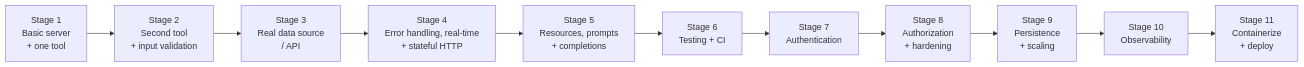
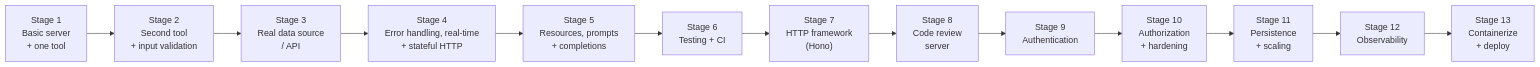
Before and after one commit to shadmaanAsif/MCP-Explorer: the diagram in README.md, drawn with Mermaid. The commit also changed other lines of this file and 3 other files, not shown here.

First line of the commit message:
Update docs after Stage 6 merge and renumber the roadmap

````diff
--- a/README.md
+++ b/README.md
@@ -72,13 +72,15 @@
 ```mermaid
 flowchart LR
     S1["Stage 1<br/>Basic server<br/>+ one tool"] --> S2["Stage 2<br/>Second tool<br/>+ input validation"]
     S2 --> S3["Stage 3<br/>Real data source<br/>/ API"]
     S3 --> S4["Stage 4<br/>Error handling, real-time<br/>+ stateful HTTP"]
     S4 --> S5["Stage 5<br/>Resources, prompts<br/>+ completions"]
     S5 --> S6["Stage 6<br/>Testing + CI"]
-    S6 --> S7["Stage 7<br/>Authentication"]
-    S7 --> S8["Stage 8<br/>Authorization<br/>+ hardening"]
-    S8 --> S9["Stage 9<br/>Persistence<br/>+ scaling"]
-    S9 --> S10["Stage 10<br/>Observability"]
-    S10 --> S11["Stage 11<br/>Containerize<br/>+ deploy"]
+    S6 --> S7["Stage 7<br/>HTTP framework<br/>(Hono)"]
+    S7 --> S8["Stage 8<br/>Code review<br/>server"]
+    S8 --> S9["Stage 9<br/>Authentication"]
+    S9 --> S10["Stage 10<br/>Authorization<br/>+ hardening"]
+    S10 --> S11["Stage 11<br/>Persistence<br/>+ scaling"]
+    S11 --> S12["Stage 12<br/>Observability"]
+    S12 --> S13["Stage 13<br/>Containerize<br/>+ deploy"]
 ```
````
